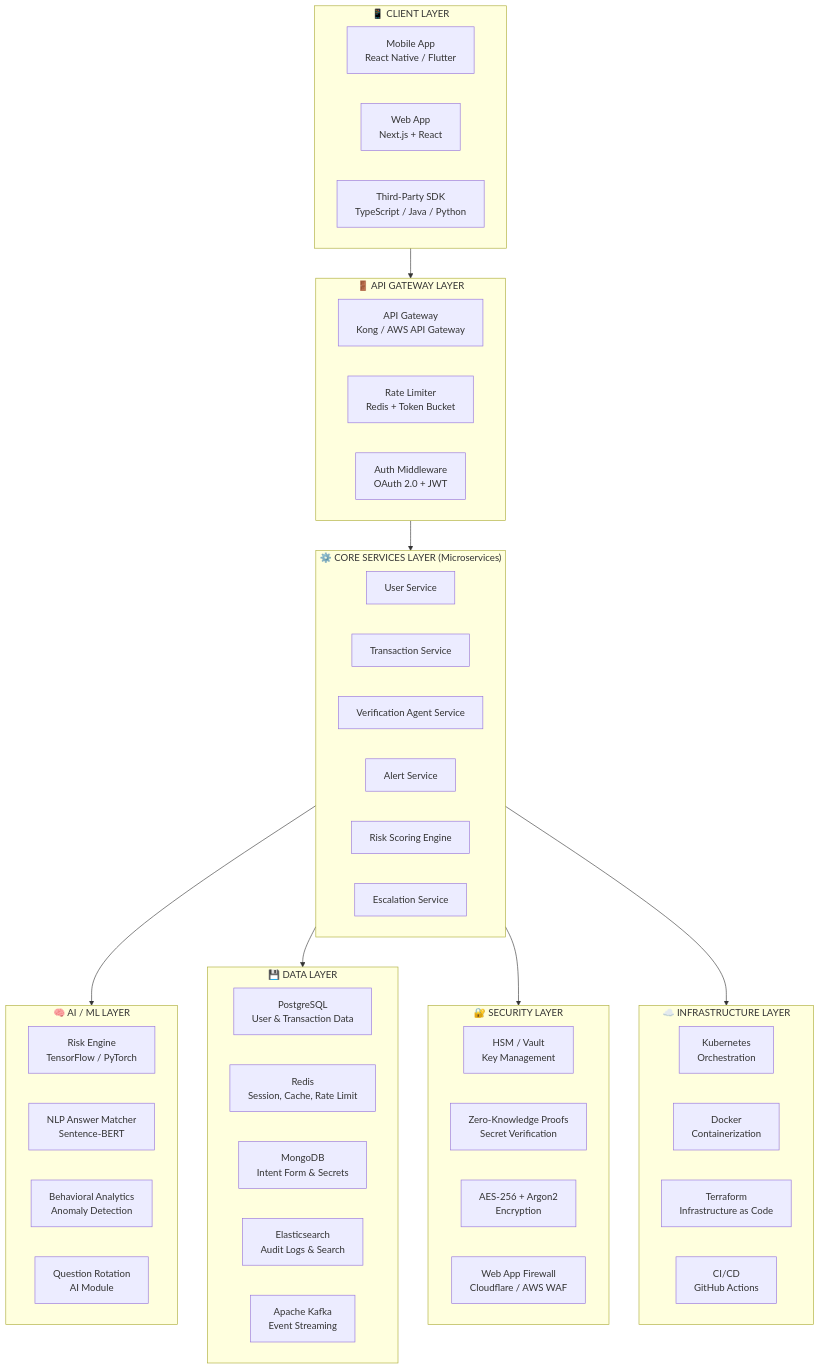
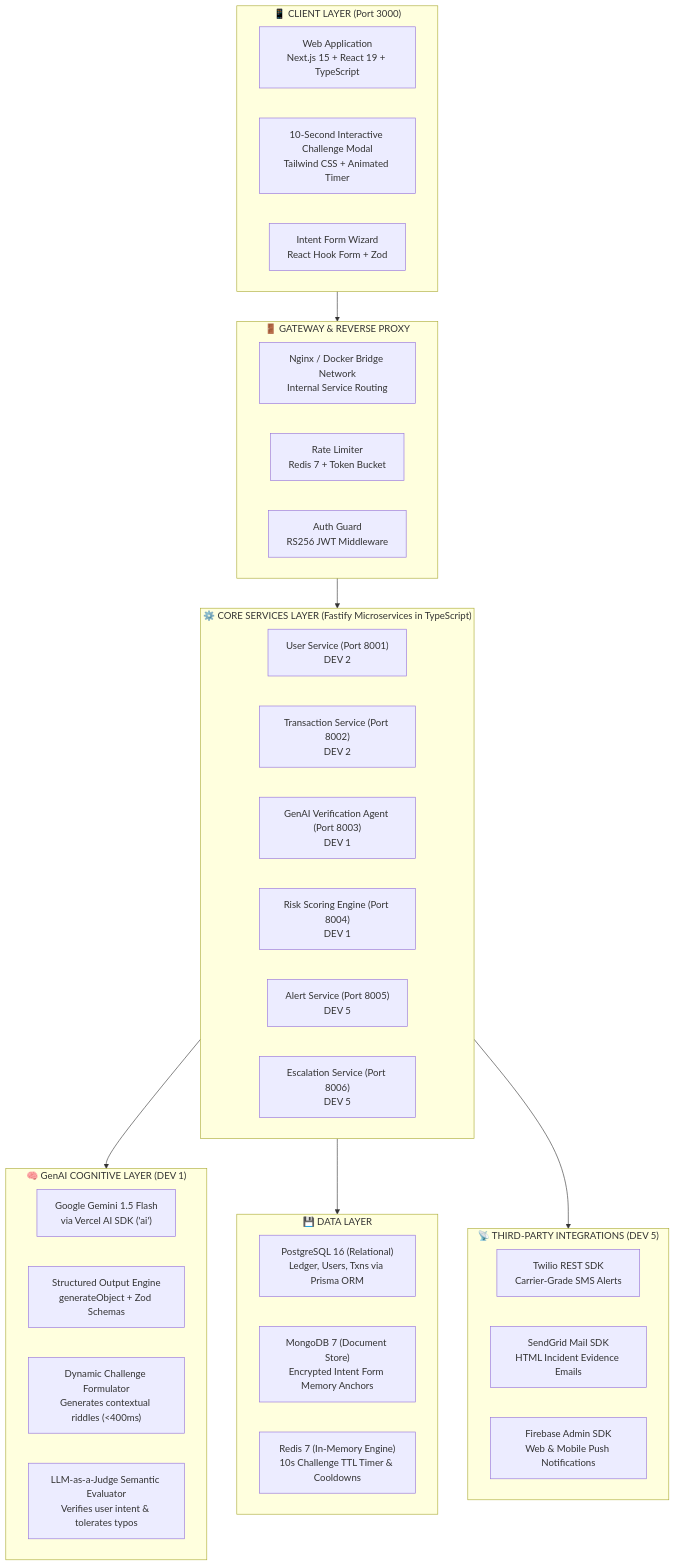
The diagram in payshield-tech-stack.md (Harsh-tech81/PayPal-AI-Hackathon), drawn with Mermaid before and after one commit. The commit also changed other lines of this file and 6 other files, not shown here.

````diff
--- a/payshield-tech-stack.md
+++ b/payshield-tech-stack.md
@@ -7,59 +7,48 @@
 ```mermaid
 flowchart TD
-    subgraph Client["📱 CLIENT LAYER"]
-        MA["Mobile App<br/>React Native / Flutter"]
-        WA["Web App<br/>Next.js + React"]
-        SDK["Third-Party SDK<br/>TypeScript / Java / Python"]
+    subgraph Client["📱 CLIENT LAYER (Port 3000)"]
+        WA["Web Application<br/>Next.js 15 + React 19 + TypeScript"]
+        MODAL["10-Second Interactive Challenge Modal<br/>Tailwind CSS + Animated Timer"]
+        WIZARD["Intent Form Wizard<br/>React Hook Form + Zod"]
     end
 
-    subgraph Gateway["🚪 API GATEWAY LAYER"]
-        AG["API Gateway<br/>Kong / AWS API Gateway"]
-        RL["Rate Limiter<br/>Redis + Token Bucket"]
-        AUTH["Auth Middleware<br/>OAuth 2.0 + JWT"]
+    subgraph Gateway["🚪 GATEWAY & REVERSE PROXY"]
+        NGINX["Nginx / Docker Bridge Network<br/>Internal Service Routing"]
+        RL["Rate Limiter<br/>Redis 7 + Token Bucket"]
+        AUTH["Auth Guard<br/>RS256 JWT Middleware"]
     end
 
-    subgraph Core["⚙️ CORE SERVICES LAYER (Microservices)"]
-        US["User Service"]
-        TS["Transaction Service"]
-        VS["Verification Agent Service"]
-        AS["Alert Service"]
-        RS["Risk Scoring Engine"]
-        ES["Escalation Service"]
+    subgraph Core["⚙️ CORE SERVICES LAYER (Fastify Microservices in TypeScript)"]
+        US["User Service (Port 8001)<br/>DEV 2"]
+        TS["Transaction Service (Port 8002)<br/>DEV 2"]
+        VS["GenAI Verification Agent (Port 8003)<br/>DEV 1"]
+        RS["Risk Scoring Engine (Port 8004)<br/>DEV 1"]
+        AS["Alert Service (Port 8005)<br/>DEV 5"]
+        ES["Escalation Service (Port 8006)<br/>DEV 5"]
     end
 
-    subgraph AI_Layer["🧠 AI / ML LAYER"]
-        RE["Risk Engine<br/>TensorFlow / PyTorch"]
-        NLP["NLP Answer Matcher<br/>Sentence-BERT"]
-        BA["Behavioral Analytics<br/>Anomaly Detection"]
-        QR["Question Rotation<br/>AI Module"]
+    subgraph AI_Layer["🧠 GenAI COGNITIVE LAYER (DEV 1)"]
+        GENAI["Google Gemini 1.5 Flash<br/>via Vercel AI SDK ('ai')"]
+        ZOD["Structured Output Engine<br/>generateObject + Zod Schemas"]
+        DYN_Q["Dynamic Challenge Formulator<br/>Generates contextual riddles (<400ms)"]
+        JUDGE["LLM-as-a-Judge Semantic Evaluator<br/>Verifies user intent & tolerates typos"]
     end
 
     subgraph Data["💾 DATA LAYER"]
-        PG["PostgreSQL<br/>User & Transaction Data"]
-        RD["Redis<br/>Session, Cache, Rate Limit"]
-        MG["MongoDB<br/>Intent Form & Secrets"]
-        ES2["Elasticsearch<br/>Audit Logs & Search"]
-        KF["Apache Kafka<br/>Event Streaming"]
+        PG["PostgreSQL 16 (Relational)<br/>Ledger, Users, Txns via Prisma ORM"]
+        MG["MongoDB 7 (Document Store)<br/>Encrypted Intent Form Memory Anchors"]
+        RD["Redis 7 (In-Memory Engine)<br/>10s Challenge TTL Timer & Cooldowns"]
     end
 
-    subgraph Security["🔐 SECURITY LAYER"]
-        HSM["HSM / Vault<br/>Key Management"]
-        ZKP["Zero-Knowledge Proofs<br/>Secret Verification"]
-        ENC["AES-256 + Argon2<br/>Encryption"]
-        WAF["Web App Firewall<br/>Cloudflare / AWS WAF"]
-    end
-
-    subgraph Infra["☁️ INFRASTRUCTURE LAYER"]
-        K8S["Kubernetes<br/>Orchestration"]
-        DR["Docker<br/>Containerization"]
-        TF["Terraform<br/>Infrastructure as Code"]
-        CI["CI/CD<br/>GitHub Actions"]
+    subgraph ThirdParty["📡 THIRD-PARTY INTEGRATIONS (DEV 5)"]
+        TWILIO["Twilio REST SDK<br/>Carrier-Grade SMS Alerts"]
+        SENDGRID["SendGrid Mail SDK<br/>HTML Incident Evidence Emails"]
+        FCM["Firebase Admin SDK<br/>Web & Mobile Push Notifications"]
     end
 
     Client --> Gateway
     Gateway --> Core
     Core --> AI_Layer
     Core --> Data
-    Core --> Security
-    Core --> Infra
+    Core --> ThirdParty
 ```
````
